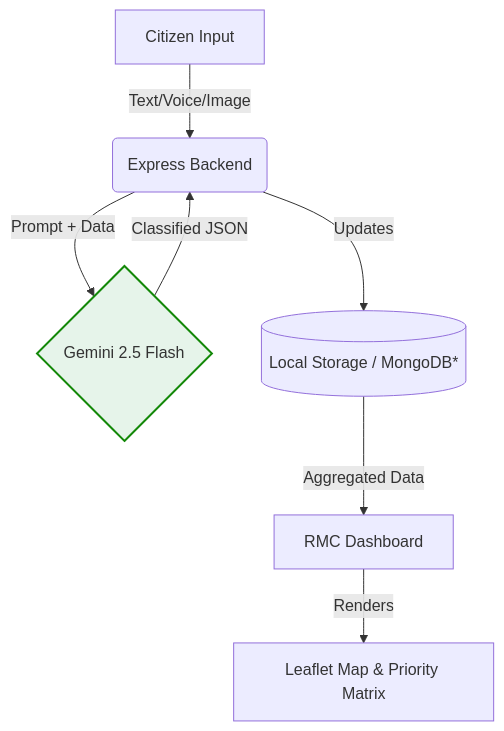
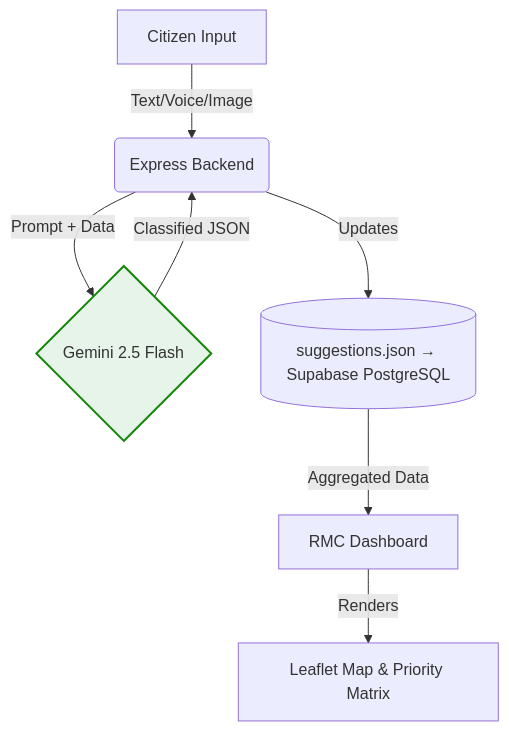
Before and after one commit to jd-thakrar/rajkot-civic-ai: the diagram in README.md, drawn with Mermaid. The commit also changed other lines of this file, not shown here.

Commit message:
fix: Remove MongoDB drift from README — architecture is Supabase PostgreSQL

````diff
--- a/README.md
+++ b/README.md
@@ -31,12 +31,12 @@
 ```mermaid
 graph TD
     A[Citizen Input] -->|Text/Voice/Image| B(Express Backend)
     B -->|Prompt + Data| C{Gemini 2.5 Flash}
     C -->|Classified JSON| B
-    B -->|Updates| D[(Local Storage / MongoDB*)]
-    D -->|Aggregated Data| E[RMC Dashboard]
-    E -->|Renders| F[Leaflet Map & Priority Matrix]
+    B --> |Updates| D[(suggestions.json → Supabase PostgreSQL)]
+    D --> |Aggregated Data| E[RMC Dashboard]
+    E --> |Renders| F[Leaflet Map & Priority Matrix]
     
     classDef ai fill:#e6f4ea,stroke:#138808,stroke-width:2px;
     class C ai;
 ```
````
